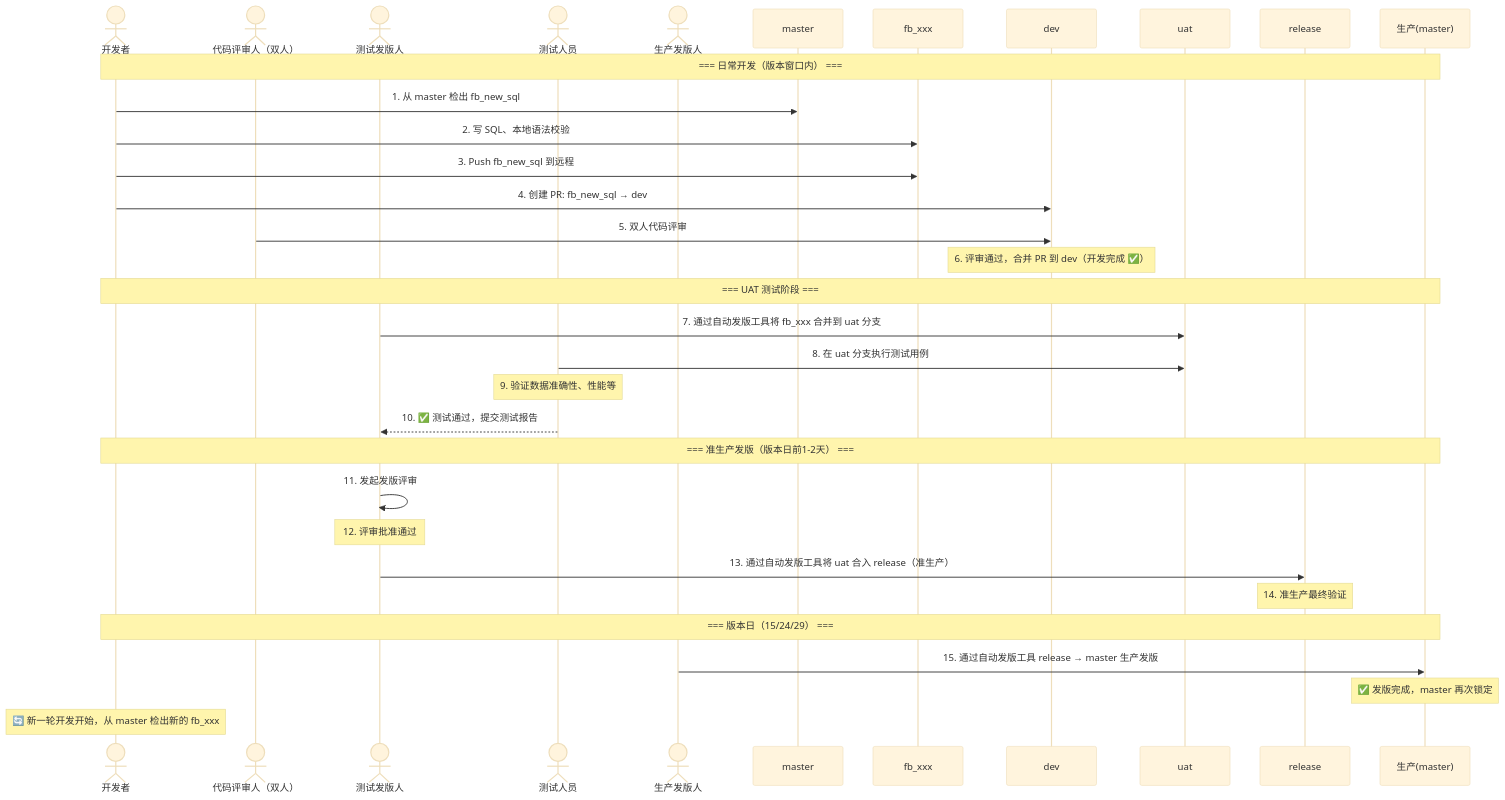
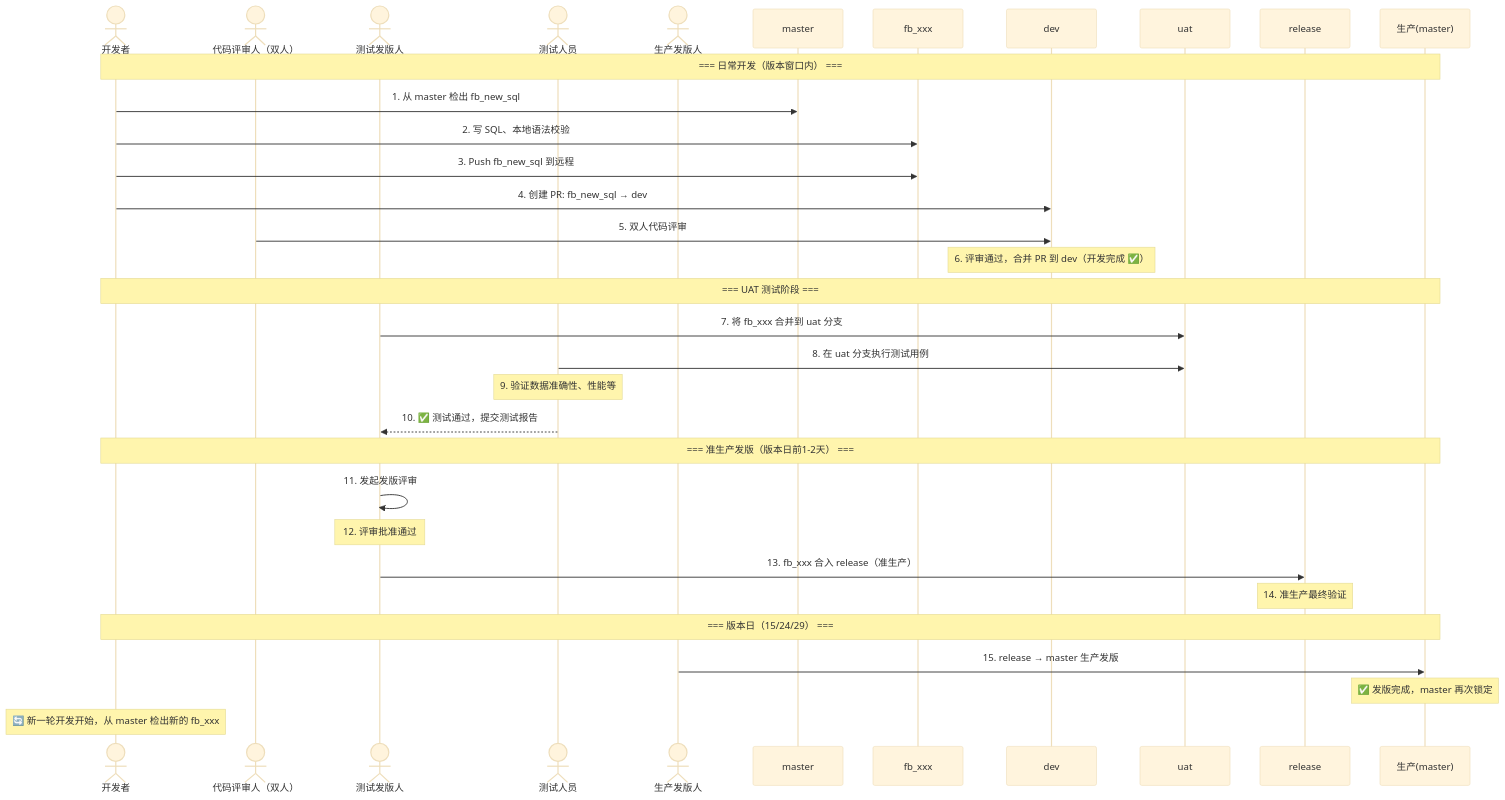
The fourth of 19 diagrams in docs/learn/VSCodeEx/2026-07-11-vscode-git-guide.md (livebug/vpblogs), drawn with Mermaid (base theme) before and after one commit. The commit also changed other lines of this file and 5 other files, not shown here.

First line of the commit message:
fix(docs,components): correct release flow and clean up code

````diff
--- a/docs/learn/VSCodeEx/2026-07-11-vscode-git-guide.md
+++ b/docs/learn/VSCodeEx/2026-07-11-vscode-git-guide.md
@@ -189,39 +189,39 @@
 ```mermaid
 sequenceDiagram
     actor 你 as 开发者
     actor 评审 as 代码评审人（双人）
     actor 测试发版 as 测试发版人
     actor 测试 as 测试人员
     actor 生产发版 as 生产发版人
     participant Master as master
     participant FB as fb_xxx
     participant Dev as dev
     participant Uat as uat
     participant Rel as release
     participant Prod as 生产(master)
 
     Note over 你,Prod: === 日常开发（版本窗口内） ===
     你->>Master: 1. 从 master 检出 fb_new_sql
     你->>FB: 2. 写 SQL、本地语法校验
     你->>FB: 3. Push fb_new_sql 到远程
     你->>Dev: 4. 创建 PR: fb_new_sql → dev
     评审->>Dev: 5. 双人代码评审
     Note over Dev: 6. 评审通过，合并 PR 到 dev（开发完成 ✅）
 
     Note over 你,Prod: === UAT 测试阶段 ===
-    测试发版->>Uat: 7. 通过自动发版工具将 fb_xxx 合并到 uat 分支
+    测试发版->>Uat: 7. 将 fb_xxx 合并到 uat 分支
     测试->>Uat: 8. 在 uat 分支执行测试用例
     Note over 测试: 9. 验证数据准确性、性能等
     测试-->>测试发版: 10. ✅ 测试通过，提交测试报告
 
     Note over 你,Prod: === 准生产发版（版本日前1-2天） ===
     测试发版->>测试发版: 11. 发起发版评审
     Note over 测试发版: 12. 评审批准通过
-    测试发版->>Rel: 13. 通过自动发版工具将 uat 合入 release（准生产）
+    测试发版->>Rel: 13. fb_xxx 合入 release（准生产）
     Note over Rel: 14. 准生产最终验证
 
     Note over 你,Prod: === 版本日（15/24/29） ===
-    生产发版->>Prod: 15. 通过自动发版工具 release → master 生产发版
+    生产发版->>Prod: 15. release → master 生产发版
     Note over Prod: ✅ 发版完成，master 再次锁定
     Note over 你: 🔄 新一轮开发开始，从 master 检出新的 fb_xxx
 ```
````
